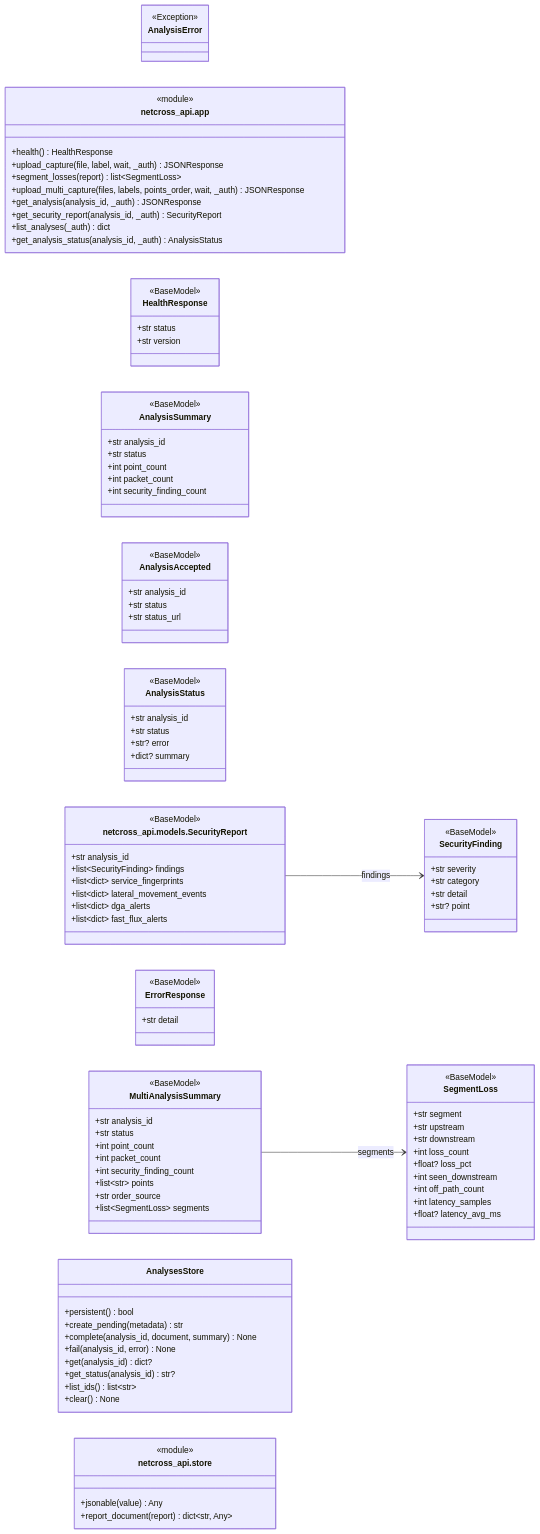
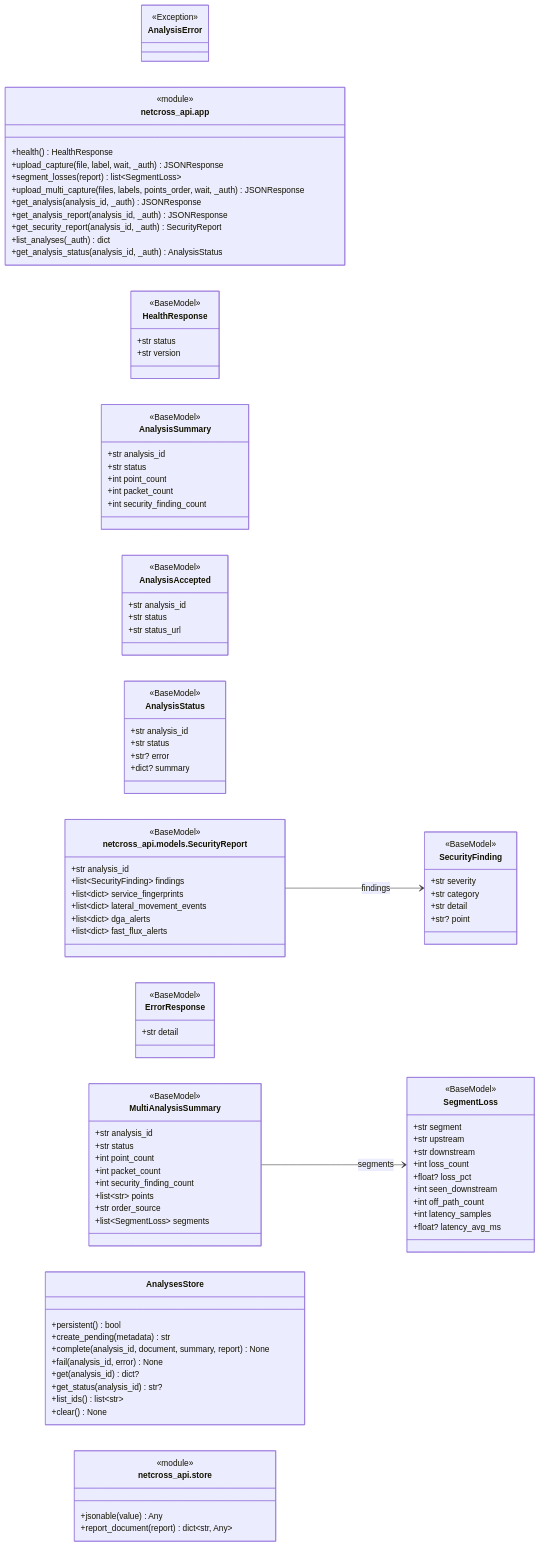
One commit to Mathide-Team/Netcross changed diagram 17 of 19 in docs/class-diagram.md. Above: the diagram before and after it, drawn with Mermaid. The commit also changed other lines of this file and 8 other files, not shown here.

First line of the commit message:
feat(#330): GET /analyses/{id}/report sert le rapport structuré de --json-report

```diff
--- a/docs/class-diagram.md
+++ b/docs/class-diagram.md
@@ -3738,6 +3740,7 @@
         +segment_losses(report) list~SegmentLoss~
         +upload_multi_capture(files, labels, points_order, wait, _auth) JSONResponse
         +get_analysis(analysis_id, _auth) JSONResponse
+        +get_analysis_report(analysis_id, _auth) JSONResponse
         +get_security_report(analysis_id, _auth) SecurityReport
         +list_analyses(_auth) dict
         +get_analysis_status(analysis_id, _auth) AnalysisStatus
@@ -3818,7 +3821,7 @@
     class AnalysesStore {
         +persistent() bool
         +create_pending(metadata) str
-        +complete(analysis_id, document, summary) None
+        +complete(analysis_id, document, summary, report) None
         +fail(analysis_id, error) None
         +get(analysis_id) dict?
         +get_status(analysis_id) str?
```
